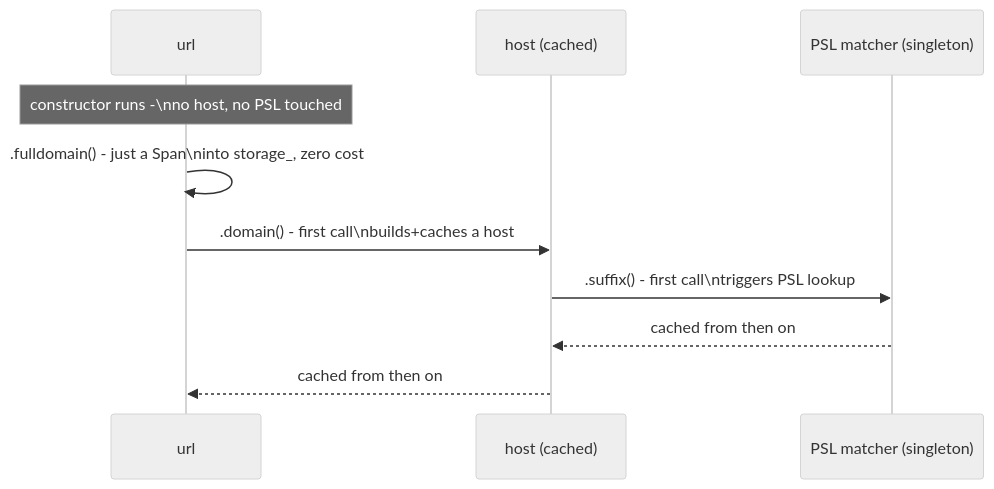
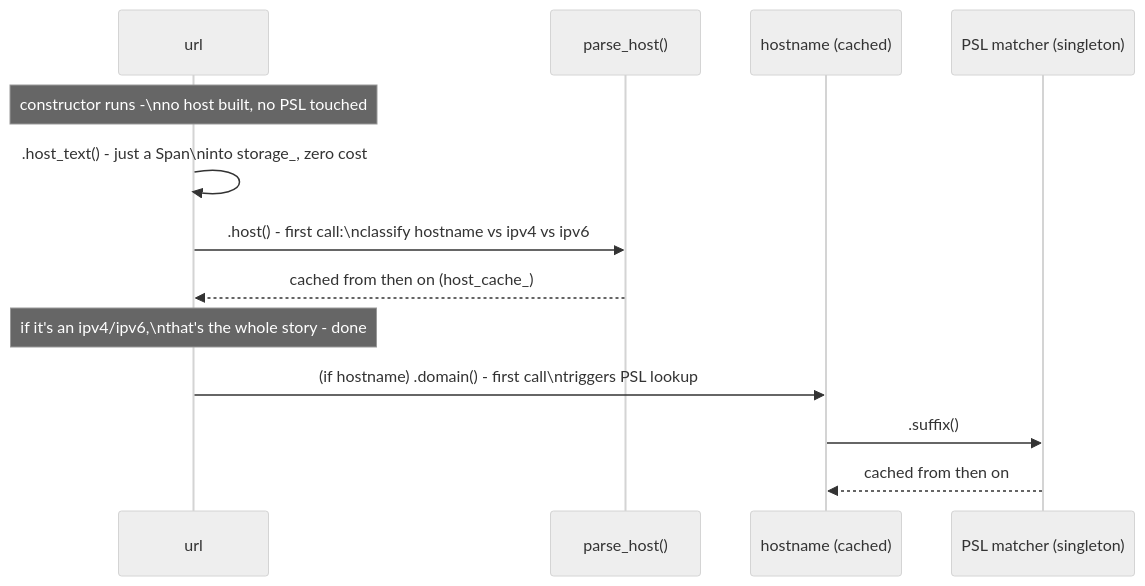
One commit to MohammadRaziei/liburlparser changed the fourth of 6 diagrams in ARCHITECTURE.md. Above: the diagram before and after it, drawn with Mermaid (neutral theme). The commit also changed other lines of this file and 1 other file, not shown here.

First line of the commit message:
feat: enhance host parsing and classification

````diff
--- a/ARCHITECTURE.md
+++ b/ARCHITECTURE.md
@@ -166,12 +237,15 @@
 ```mermaid
 sequenceDiagram
     participant U as url
-    participant H as host (cached)
+    participant PH as parse_host()
+    participant H as hostname (cached)
     participant PSL as PSL matcher (singleton)
-    Note over U: constructor runs -\nno host, no PSL touched
-    U->>U: .fulldomain() - just a Span\ninto storage_, zero cost
-    U->>H: .domain() - first call\nbuilds+caches a host
-    H->>PSL: .suffix() - first call\ntriggers PSL lookup
+    Note over U: constructor runs -\nno host built, no PSL touched
+    U->>U: .host_text() - just a Span\ninto storage_, zero cost
+    U->>PH: .host() - first call:\nclassify hostname vs ipv4 vs ipv6
+    PH-->>U: cached from then on (host_cache_)
+    Note over U: if it's an ipv4/ipv6,\nthat's the whole story - done
+    U->>H: (if hostname) .domain() - first call\ntriggers PSL lookup
+    H->>PSL: .suffix()
     PSL-->>H: cached from then on
-    H-->>U: cached from then on
 ```
````
